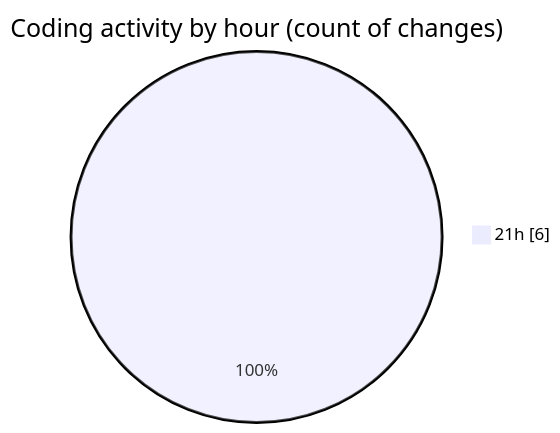
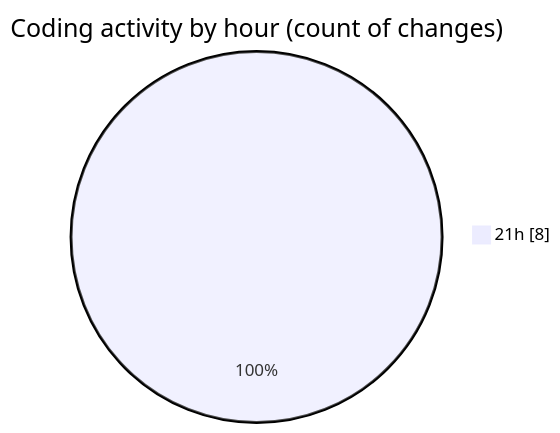
One commit to EIIisD/code-tracking changed the second of 2 diagrams in 2025-08-18/reflect-mcp-bun/README.md. Above: the diagram before and after it, drawn with Mermaid. The commit also changed other lines of this file and 1 other file, not shown here.

````diff
--- a/2025-08-18/reflect-mcp-bun/README.md
+++ b/2025-08-18/reflect-mcp-bun/README.md
@@ -31,5 +32,5 @@
 ```mermaid
 pie showData
 title Coding activity by hour (count of changes)
-"21h" : 6
+"21h" : 8
 ```
````
